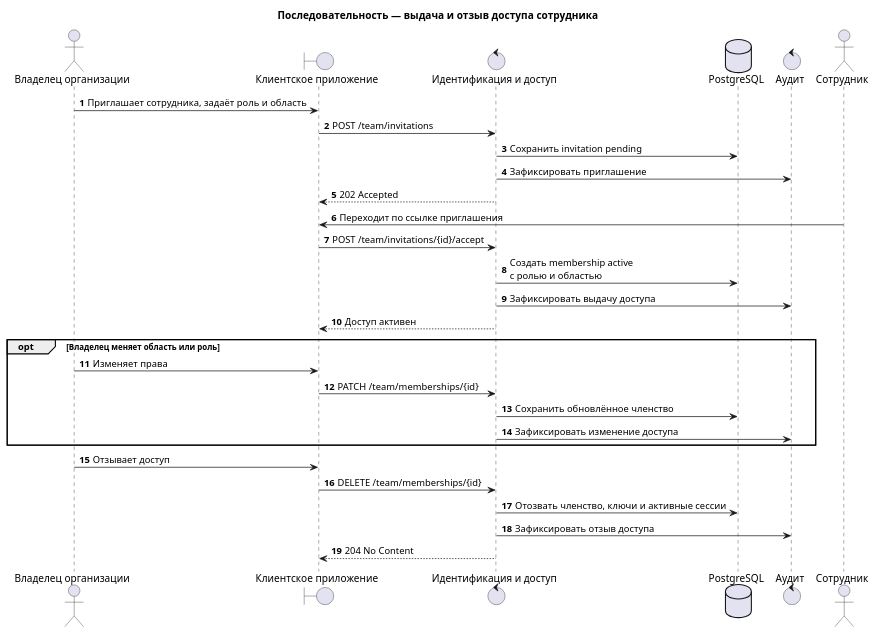
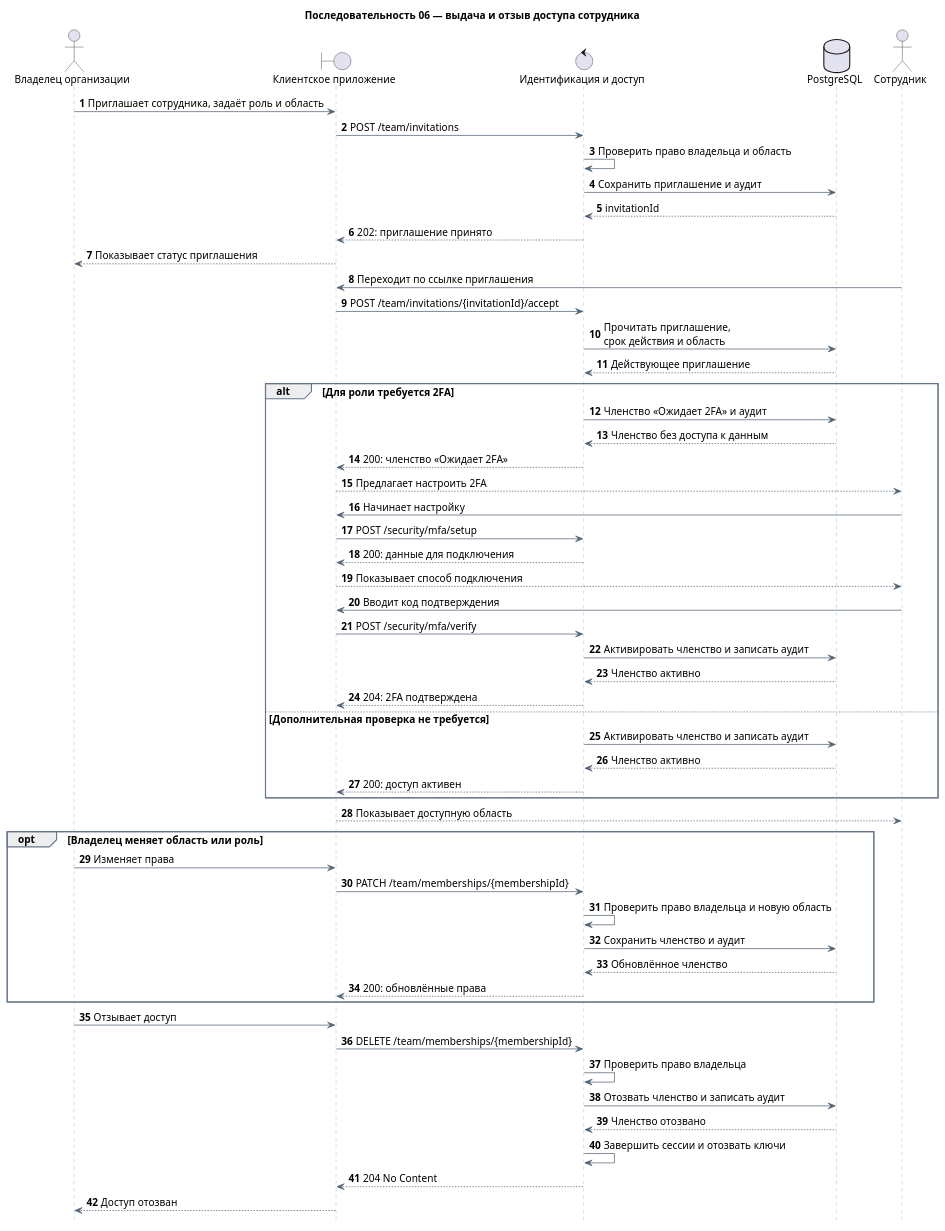
One commit to onlyuncia/grafio-product-docs changed the diagram in docs/architecture/sequence/06-employee-access-lifecycle.puml. Above: the diagram before and after it, drawn with PlantUML. The commit also changed 152 other files, not shown here.

```diff
--- a/docs/architecture/sequence/06-employee-access-lifecycle.puml
+++ b/docs/architecture/sequence/06-employee-access-lifecycle.puml
@@ -1,35 +1,72 @@
 @startuml
-title Последовательность — выдача и отзыв доступа сотрудника
+title Последовательность 06 — выдача и отзыв доступа сотрудника
 autonumber
+hide footbox
+
+skinparam defaultFontName Arial
+skinparam defaultFontSize 14
+skinparam sequence {
+  ArrowColor #526274
+  LifeLineBorderColor #94A3B8
+  ParticipantBackgroundColor #EAF2FC
+  ParticipantBorderColor #5289C2
+  GroupBorderColor #64748B
+  GroupHeaderBackgroundColor #EAF2FC
+}
 
 actor "Владелец организации" as Owner
 boundary "Клиентское приложение" as UI
 control "Идентификация и доступ" as Access
 database "PostgreSQL" as DB
-control "Аудит" as Audit
 actor "Сотрудник" as Employee
 
 Owner -> UI : Приглашает сотрудника, задаёт роль и область
 UI -> Access : POST /team/invitations
-Access -> DB : Сохранить invitation pending
-Access -> Audit : Зафиксировать приглашение
-Access --> UI : 202 Accepted
+Access -> Access : Проверить право владельца и область
+Access -> DB : Сохранить приглашение и аудит
+DB --> Access : invitationId
+Access --> UI : 202: приглашение принято
+UI --> Owner : Показывает статус приглашения
 Employee -> UI : Переходит по ссылке приглашения
-UI -> Access : POST /team/invitations/{id}/accept
-Access -> DB : Создать membership active\nс ролью и областью
-Access -> Audit : Зафиксировать выдачу доступа
-Access --> UI : Доступ активен
+UI -> Access : POST /team/invitations/{invitationId}/accept
+Access -> DB : Прочитать приглашение,\nсрок действия и область
+DB --> Access : Действующее приглашение
+alt Для роли требуется 2FA
+  Access -> DB : Членство «Ожидает 2FA» и аудит
+  DB --> Access : Членство без доступа к данным
+  Access --> UI : 200: членство «Ожидает 2FA»
+  UI --> Employee : Предлагает настроить 2FA
+  Employee -> UI : Начинает настройку
+  UI -> Access : POST /security/mfa/setup
+  Access --> UI : 200: данные для подключения
+  UI --> Employee : Показывает способ подключения
+  Employee -> UI : Вводит код подтверждения
+  UI -> Access : POST /security/mfa/verify
+  Access -> DB : Активировать членство и записать аудит
+  DB --> Access : Членство активно
+  Access --> UI : 204: 2FA подтверждена
+else Дополнительная проверка не требуется
+  Access -> DB : Активировать членство и записать аудит
+  DB --> Access : Членство активно
+  Access --> UI : 200: доступ активен
+end
+UI --> Employee : Показывает доступную область
 
 opt Владелец меняет область или роль
   Owner -> UI : Изменяет права
-  UI -> Access : PATCH /team/memberships/{id}
-  Access -> DB : Сохранить обновлённое членство
-  Access -> Audit : Зафиксировать изменение доступа
+  UI -> Access : PATCH /team/memberships/{membershipId}
+  Access -> Access : Проверить право владельца и новую область
+  Access -> DB : Сохранить членство и аудит
+  DB --> Access : Обновлённое членство
+  Access --> UI : 200: обновлённые права
 end
 
 Owner -> UI : Отзывает доступ
-UI -> Access : DELETE /team/memberships/{id}
-Access -> DB : Отозвать членство, ключи и активные сессии
-Access -> Audit : Зафиксировать отзыв доступа
+UI -> Access : DELETE /team/memberships/{membershipId}
+Access -> Access : Проверить право владельца
+Access -> DB : Отозвать членство и записать аудит
+DB --> Access : Членство отозвано
+Access -> Access : Завершить сессии и отозвать ключи
 Access --> UI : 204 No Content
+UI --> Owner : Доступ отозван
 @enduml
```
